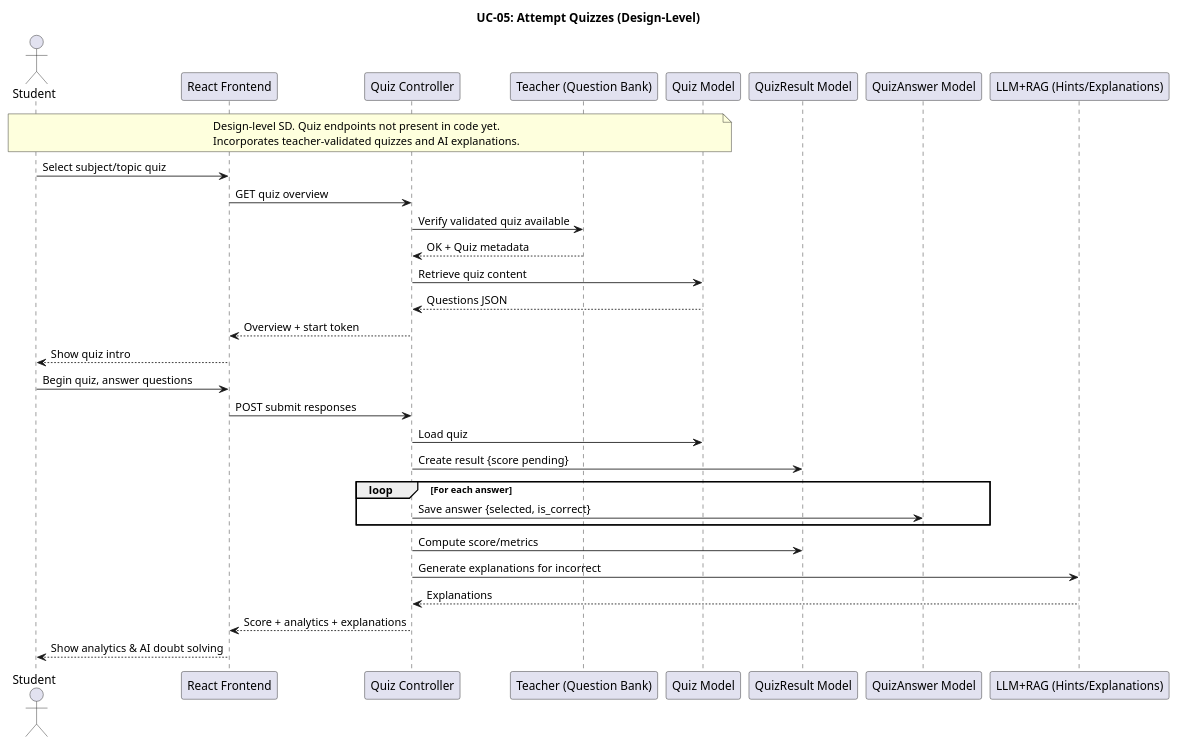
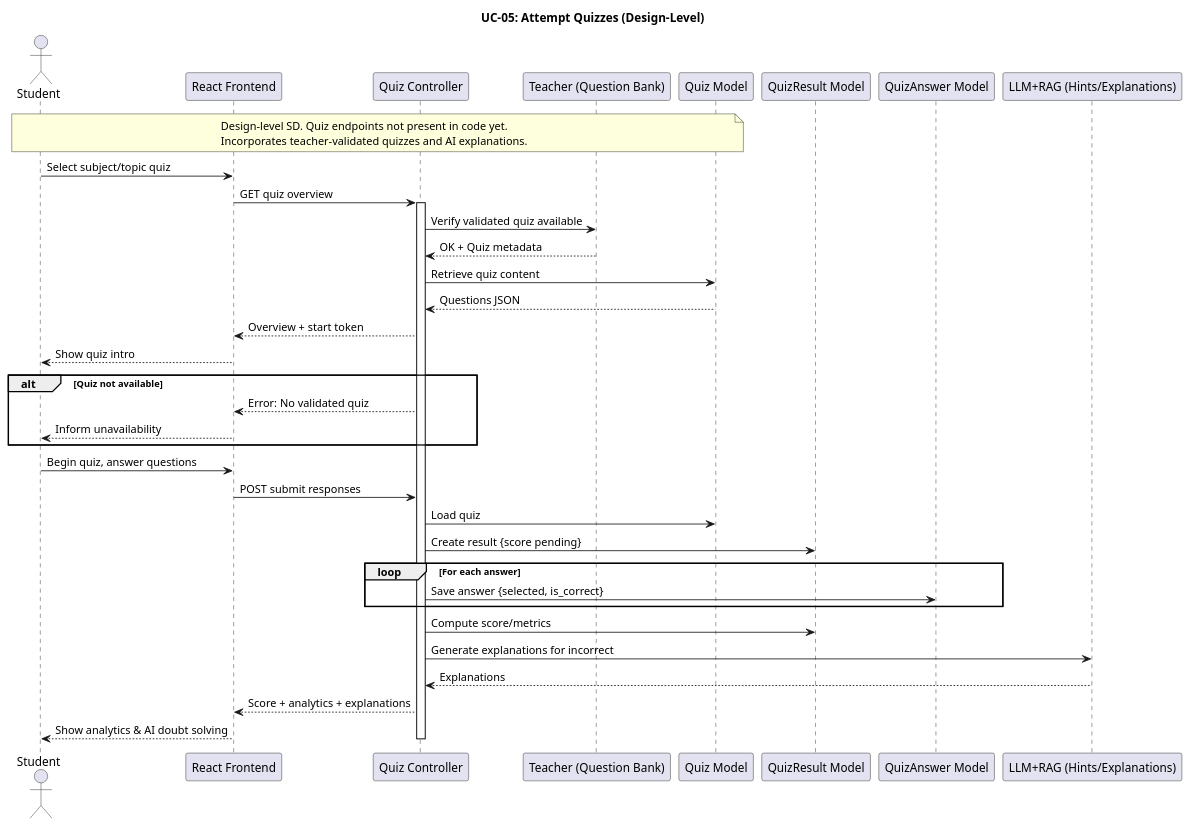
The diagram in planttext/uc05-attempt-quizzes.puml (MMMustafakamran/SDs), drawn with PlantUML before and after one commit. The commit also changed 18 other files, not shown here.

```diff
--- a/planttext/uc05-attempt-quizzes.puml
+++ b/planttext/uc05-attempt-quizzes.puml
@@ -1,46 +1,54 @@
 @startuml
 title UC-05: Attempt Quizzes (Design-Level)
 
 actor Student
 participant Frontend as "React Frontend"
 participant QuizAPI as "Quiz Controller"
 participant Teacher as "Teacher (Question Bank)"
 participant Quiz as "Quiz Model"
 participant QuizResult as "QuizResult Model"
 participant QuizAnswer as "QuizAnswer Model"
 participant LLM as "LLM+RAG (Hints/Explanations)"
 
 note over Student, Quiz
 Design-level SD. Quiz endpoints not present in code yet.
 Incorporates teacher-validated quizzes and AI explanations.
 end note
 
 '======================
 ' Start quiz
 '======================
 Student -> Frontend : Select subject/topic quiz
 Frontend -> QuizAPI : GET quiz overview
+activate QuizAPI
 QuizAPI -> Teacher : Verify validated quiz available
 Teacher --> QuizAPI : OK + Quiz metadata
 QuizAPI -> Quiz : Retrieve quiz content
 Quiz --> QuizAPI : Questions JSON
 QuizAPI --> Frontend : Overview + start token
 Frontend --> Student : Show quiz intro
+
+alt Quiz not available
+    QuizAPI --> Frontend : Error: No validated quiz
+    Frontend --> Student : Inform unavailability
+end
 
 '======================
 ' Attempt and submit
 '======================
 Student -> Frontend : Begin quiz, answer questions
 Frontend -> QuizAPI : POST submit responses
 QuizAPI -> Quiz : Load quiz
 QuizAPI -> QuizResult : Create result {score pending}
 loop For each answer
     QuizAPI -> QuizAnswer : Save answer {selected, is_correct}
 end
 QuizAPI -> QuizResult : Compute score/metrics
 QuizAPI -> LLM : Generate explanations for incorrect
 LLM --> QuizAPI : Explanations
 QuizAPI --> Frontend : Score + analytics + explanations
 Frontend --> Student : Show analytics & AI doubt solving
 
+deactivate QuizAPI
+
 @enduml
```
